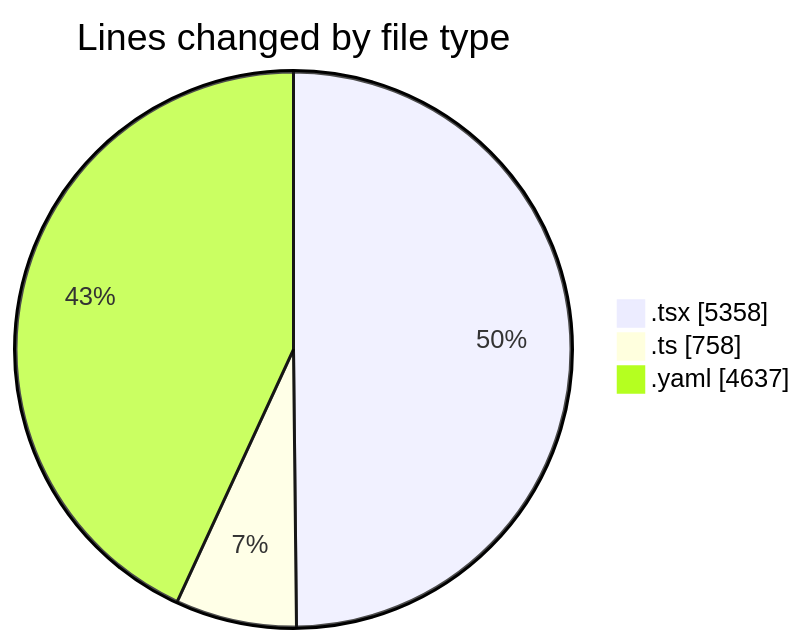
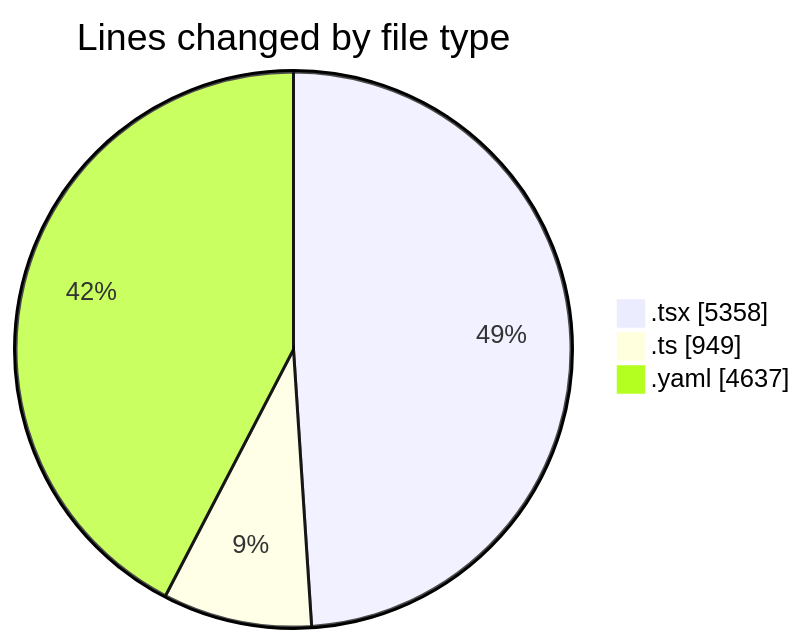
One commit to julien-gomy/code-tracking changed the first of 2 diagrams in 2025-10-13/eventscop-frontend-guide__workspace_/README.md. Above: the diagram before and after it, drawn with Mermaid. The commit also changed other lines of this file and 1 other file, not shown here.

````diff
--- a/2025-10-13/eventscop-frontend-guide__workspace_/README.md
+++ b/2025-10-13/eventscop-frontend-guide__workspace_/README.md
@@ -46,7 +46,7 @@
 ```mermaid
 pie showData
 title Lines changed by file type
 ".tsx" : 5358
-".ts" : 758
+".ts" : 949
 ".yaml" : 4637
 ```
````
